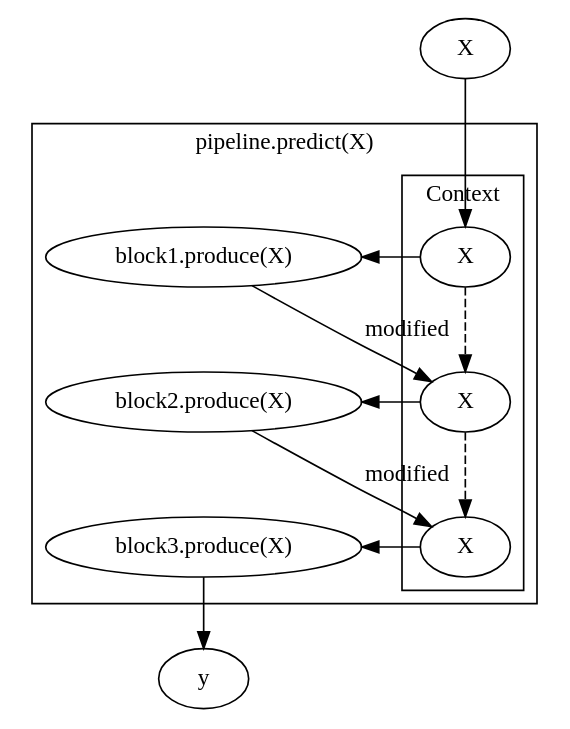
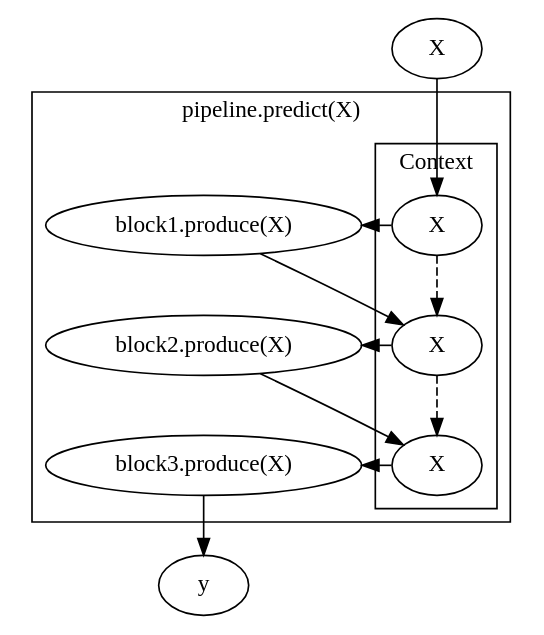
The third of 5 diagrams in docs/advanced_usage/pipelines.rst (MLBazaar/MLBlocks), drawn with Graphviz before and after one commit. The commit also changed other lines of this file and 14 other files, not shown here.

```diff
--- a/docs/advanced_usage/pipelines.rst
+++ b/docs/advanced_usage/pipelines.rst
@@ -133,30 +133,30 @@
 .. graphviz::
 
     digraph G {
         subgraph cluster_0 {
             label = "pipeline.predict(X)";
 
             b1 [label="block1.produce(X)"];
             b2 [label="block2.produce(X)"];
             b3 [label="block3.produce(X)"];
 
             b1 -> b2 -> b3 [style=invis];
 
             subgraph cluster_1 {
                 X1 [label=X];
                 X2 [label=X];
                 X3 [label=X];
                 X1 -> X2 -> X3 [style="dashed"];
                 label = "Context";
             }
 
         }
 
         X -> X1;
         X1 -> b1 [constraint=false];
-        b1 -> X2 [label=modified];
-        X2 -> b2 [constraint=false]
-        b2 -> X3 [label=modified];
-        X3 -> b3 [constraint=false]
-        b3 -> y
+        b1 -> X2;
+        X2 -> b2 [constraint=false];
+        b2 -> X3;
+        X3 -> b3 [constraint=false];
+        b3 -> y;
     }
```
